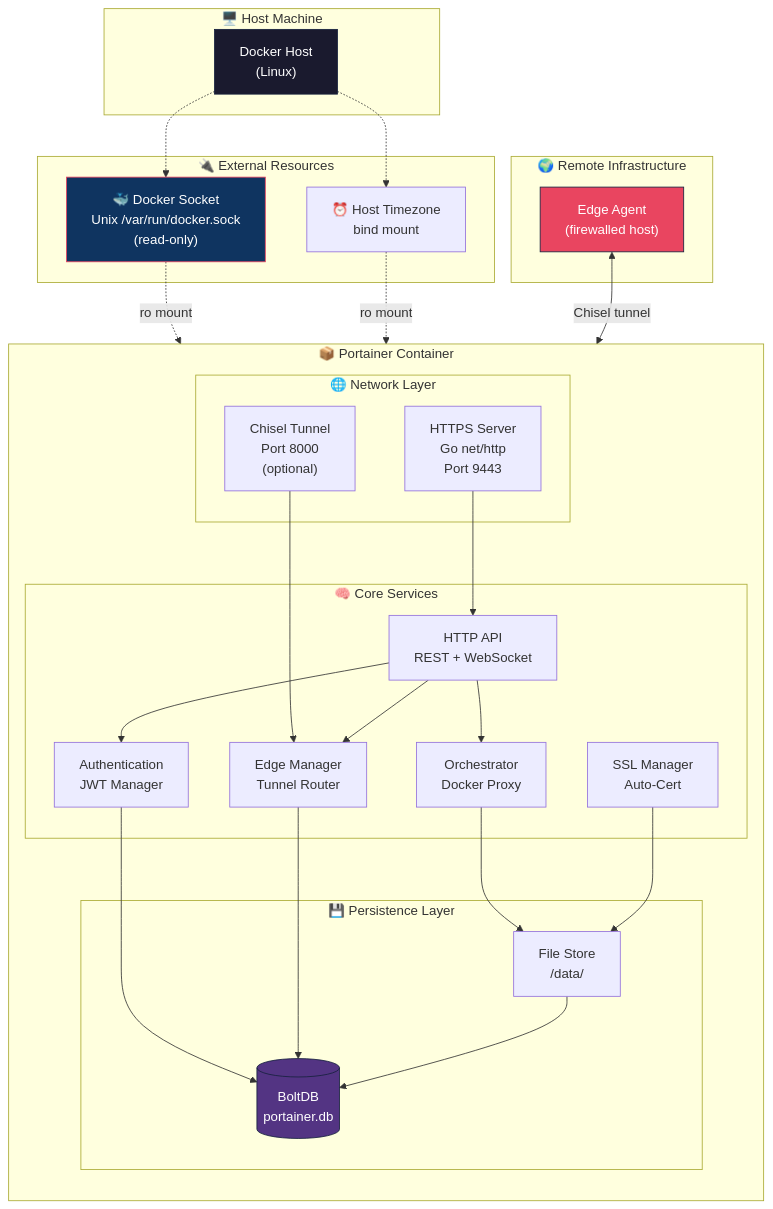
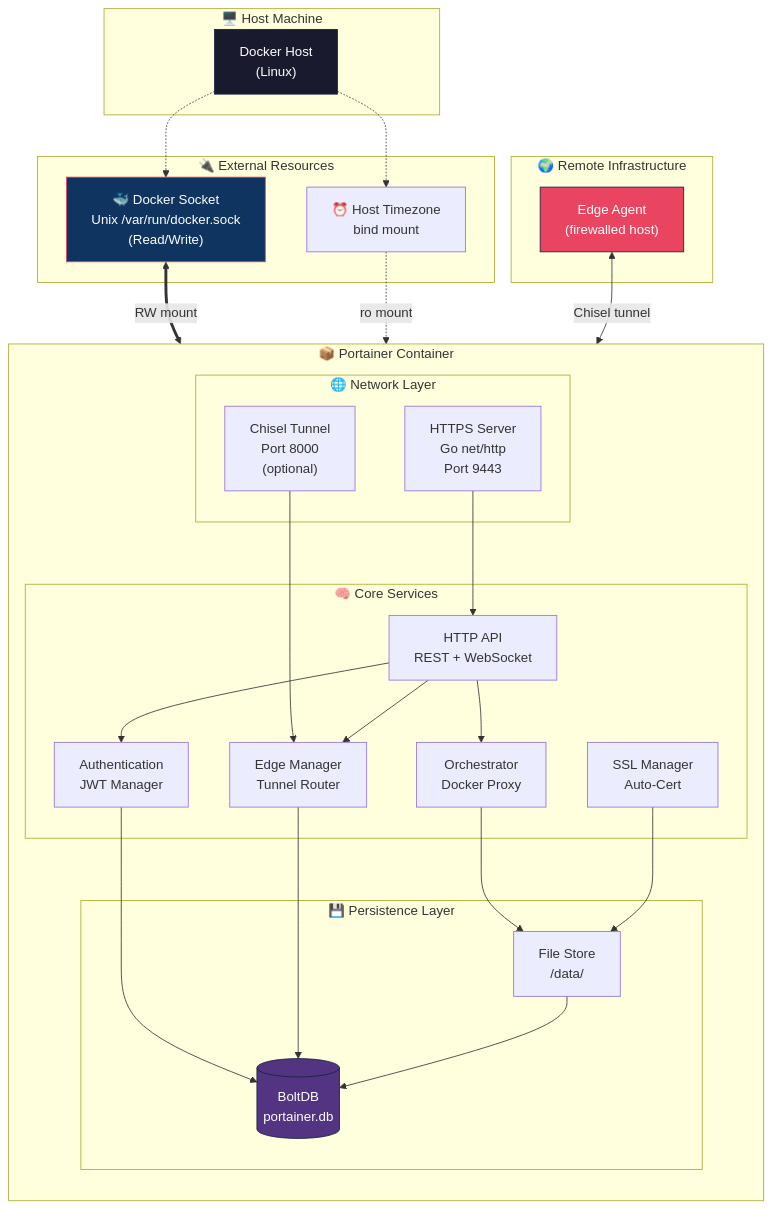
One commit to Selio30/imagenesDocker changed the third of 3 diagrams in Portainer/README.md. Above: the diagram before and after it, drawn with Mermaid. The commit also changed other lines of this file, not shown here.

Commit message:
[DOCS] Update documentation to match security bindings and RW socket configuration

````diff
--- a/Portainer/README.md
+++ b/Portainer/README.md
@@ -137,59 +137,59 @@
 ```mermaid
 graph TB
     subgraph "🖥️ Host Machine"
         HOST["Docker Host<br/>(Linux)"]
     end
 
     subgraph "📦 Portainer Container"
         direction TB
 
         subgraph "🌐 Network Layer"
             HTTPS["HTTPS Server<br/>Go net/http<br/>Port 9443"]
             CHISEL["Chisel Tunnel<br/>Port 8000<br/>(optional)"]
         end
 
         subgraph "🧠 Core Services"
             API["HTTP API<br/>REST + WebSocket"]
             AUTH["Authentication<br/>JWT Manager"]
             ORCH["Orchestrator<br/>Docker Proxy"]
             EDGE_MGR["Edge Manager<br/>Tunnel Router"]
             SSL["SSL Manager<br/>Auto-Cert"]
         end
 
         subgraph "💾 Persistence Layer"
             DB[(BoltDB<br/>portainer.db)]
             FS["File Store<br/>/data/"]
         end
 
         HTTPS --> API
         CHISEL --> EDGE_MGR
         API --> AUTH
         API --> ORCH
         API --> EDGE_MGR
         AUTH --> DB
         ORCH --> FS
         EDGE_MGR --> DB
         SSL --> FS
         FS --> DB
     end
 
     subgraph "🔌 External Resources"
-        DOCKER_SOCK["🐳 Docker Socket<br/>Unix /var/run/docker.sock<br/>(read-only)"]
+        DOCKER_SOCK["🐳 Docker Socket<br/>Unix /var/run/docker.sock<br/>(Read/Write)"]
         LOCALTIME["⏰ Host Timezone<br/>bind mount"]
     end
 
     HOST -.-> DOCKER_SOCK
     HOST -.-> LOCALTIME
-    DOCKER_SOCK -.->|"ro mount"| ORCH
+    DOCKER_SOCK <==>|"RW mount"| ORCH
     LOCALTIME -.->|"ro mount"| HTTPS
 
     subgraph "🌍 Remote Infrastructure"
         EDGE_AGENT["Edge Agent<br/>(firewalled host)"]
         EDGE_AGENT <-->|"Chisel tunnel"| CHISEL
     end
 
     style HOST fill:#1a1a2e,color:#fff,stroke:#16213e
     style DOCKER_SOCK fill:#0f3460,color:#fff,stroke:#e94560
     style DB fill:#533483,color:#fff,stroke:#16213e
     style EDGE_AGENT fill:#e94560,color:#fff,stroke:#16213e
 ```
````
